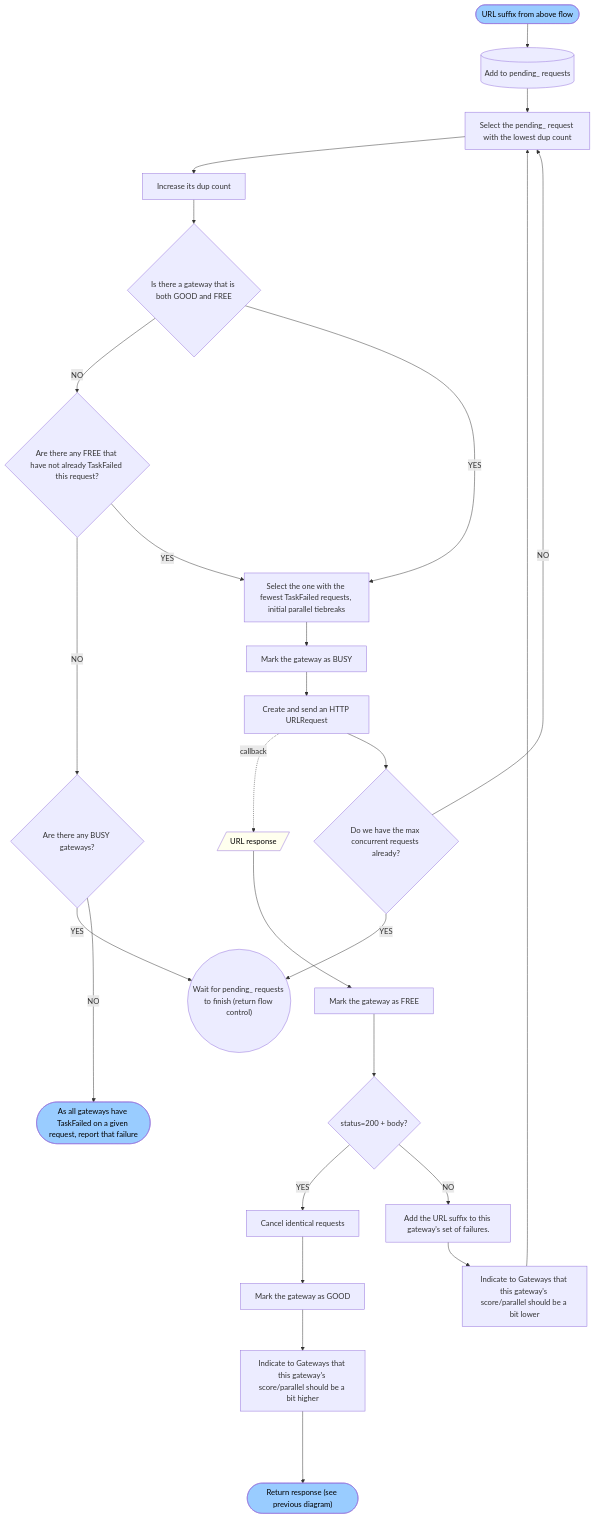
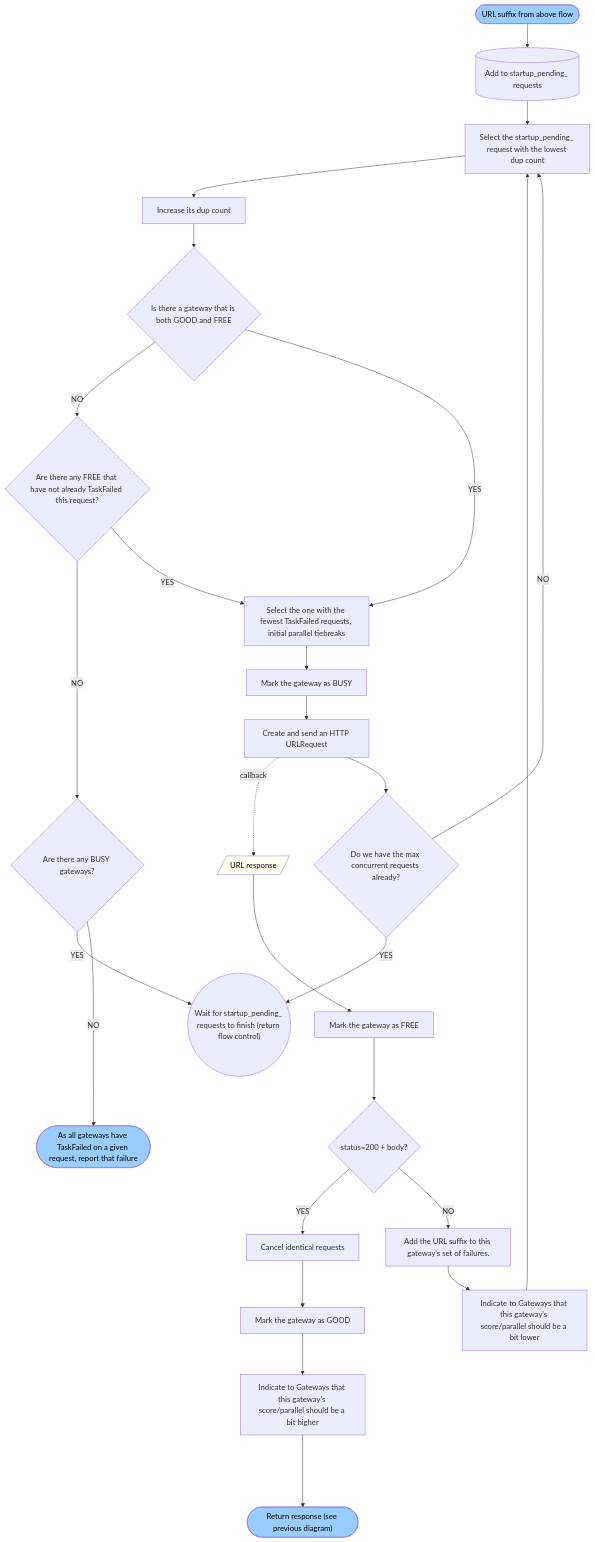
One commit to little-bear-labs/ipfs-chromium changed the second of 3 diagrams in doc/original_design.md. Above: the diagram before and after it, drawn with Mermaid. The commit also changed 60 other files, not shown here.

````diff
--- a/doc/original_design.md
+++ b/doc/original_design.md
@@ -84,27 +84,27 @@
 ```mermaid
 graph TD;
-    start(["URL suffix from above flow"]) --> add[("Add to pending_ requests")]
+    start(["URL suffix from above flow"]) --> add[("Add to startup_pending_ requests")]
     style start fill:#9CF,color:black
-    add --> selreq["Select the pending_ request with the lowest dup count"] --> incdup["Increase its dup count"] 
+    add --> selreq["Select the startup_pending_ request with the lowest dup count"] --> incdup["Increase its dup count"] 
     incdup --> goodfree{"Is there a gateway that is both GOOD and FREE"} 
     goodfree --NO--> badfree{"Are there any FREE that have not already TaskFailed this request?"} 
     badfree --NO--> anybusy{"Are there any BUSY gateways?"} 
-    anybusy --YES--> wait(("Wait for pending_ requests to finish (return flow control)"))
+    anybusy --YES--> wait(("Wait for startup_pending_ requests to finish (return flow control)"))
     badfree --YES--> selbf["Select the one with the fewest TaskFailed requests, initial parallel tiebreaks"] 
     selbf --> mark_busy["Mark the gateway as BUSY"]
     goodfree --YES--> selbf
     mark_busy --> send["Create and send an HTTP URLRequest"]
     send -.callback.-> resp
     send --> conc{"Do we have the max concurrent requests already?"} --NO--> selreq
     conc --YES--> wait
     resp[/"URL response"/] --> markfree["Mark the gateway as FREE"] --> success{"status=200 + body?"} 
     style resp fill:#FFE,color:black
     success --YES--> cancel["Cancel identical requests"] --> markgood["Mark the gateway as GOOD"] 
     markgood --> incprio["Indicate to Gateways that this gateway's score/parallel should be a bit higher"] 
     incprio ----> successed(["Return response (see previous diagram)"])
     style successed fill:#9CF,color:black
     success --NO--> addbad["Add the URL suffix to this gateway's set of failures."] 
     addbad --> decprio[Indicate to Gateways that this gateway's score/parallel should be a bit lower] --> selreq
     anybusy --NO---> all_failed(["As all gateways have TaskFailed on a given request, report that failure"])
     style all_failed fill:#9CF,color:black
  ```
````
